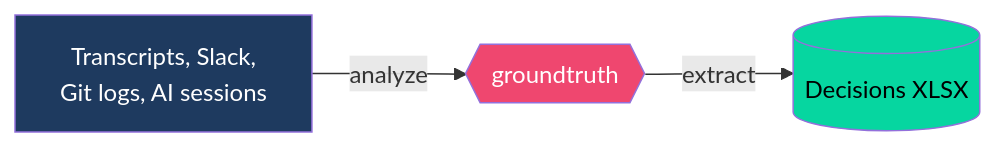
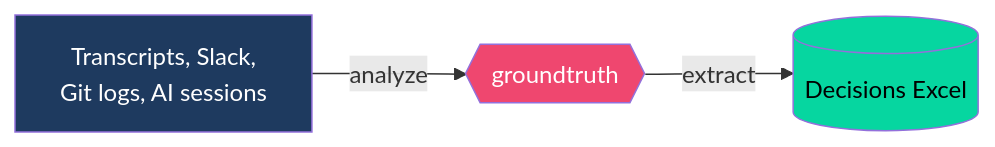
One commit to rsnodgrass/groundtruth changed the diagram in README.md. Above: the diagram before and after it, drawn with Mermaid.

Commit message:
Update diagram output label to Decisions Excel

````diff
--- a/README.md
+++ b/README.md
@@ -38,7 +38,7 @@
 ```mermaid
 flowchart LR
-    A["Transcripts, Slack,<br>Git logs, AI sessions"] -->|analyze| B{{"groundtruth"}} -->|extract| C[("Decisions XLSX")]
+    A["Transcripts, Slack,<br>Git logs, AI sessions"] -->|analyze| B{{"groundtruth"}} -->|extract| C[("Decisions Excel")]
     style A fill:#1e3a5f,color:#fff
     style B fill:#ef476f,color:#fff
     style C fill:#06d6a0,color:#000
 ```
````
